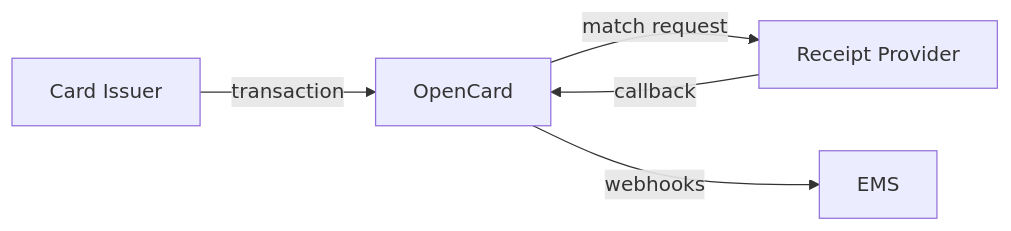
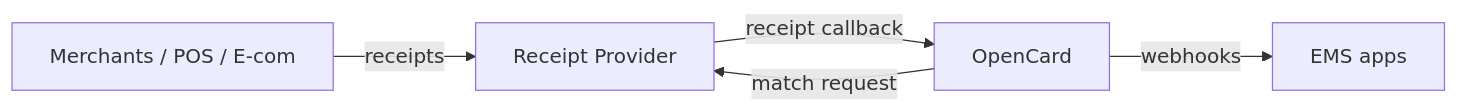
The diagram in receipt-providers/how-it-works.mdx (marc-opencard/developers.opencard.io), drawn with Mermaid before and after one commit. The commit also changed other lines of this file and 6 other files, not shown here.

````diff
--- a/receipt-providers/how-it-works.mdx
+++ b/receipt-providers/how-it-works.mdx
@@ -16,7 +12,7 @@
 ```mermaid
 flowchart LR
-    Issuer[Card Issuer] -->|transaction| OC[OpenCard]
-    OC -->|match request| You[Receipt Provider]
-    You -->|callback| OC
-    OC -->|webhooks| EMS[EMS]
+    Merchants[Merchants / POS / E-com] -->|receipts| You[Receipt Provider]
+    OC[OpenCard] -->|match request| You
+    You -->|receipt callback| OC
+    OC -->|webhooks| EMS[EMS apps]
 ```
````
